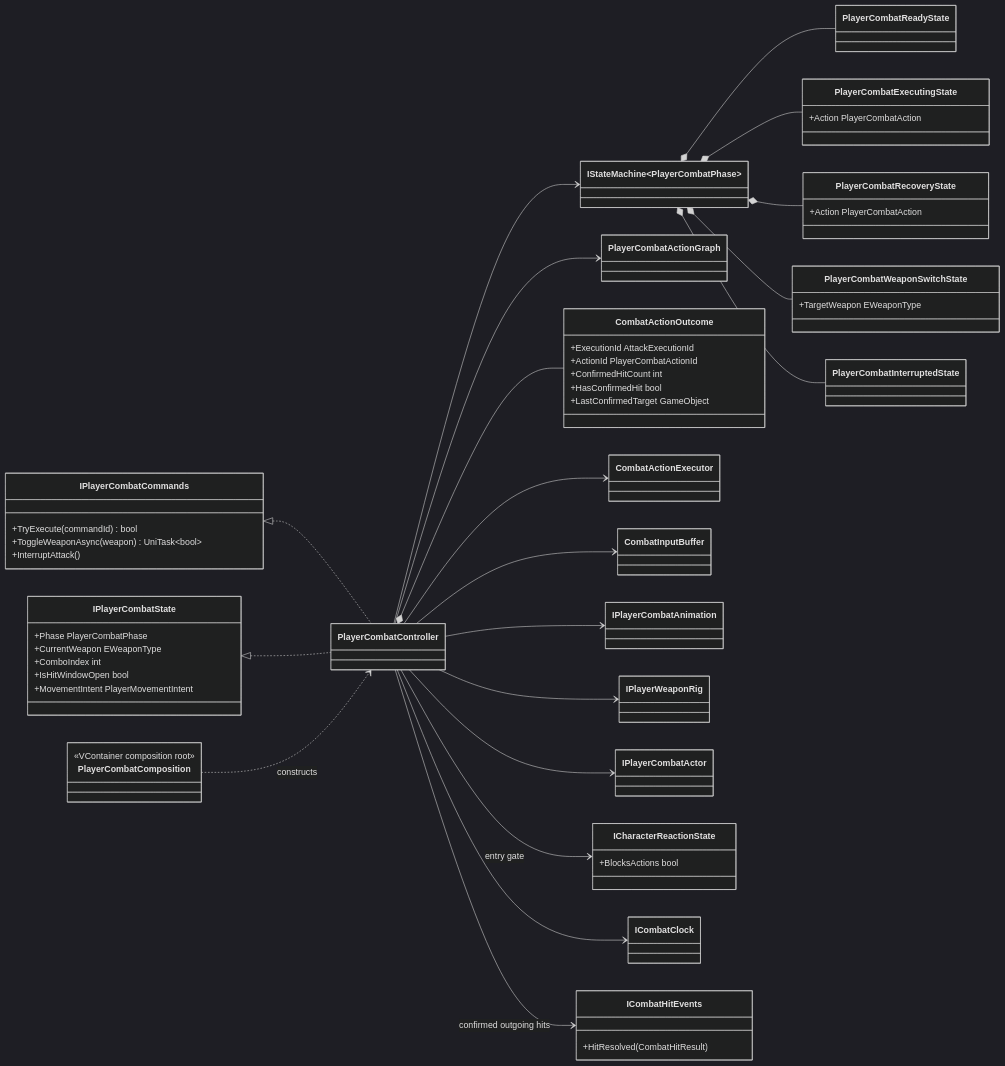
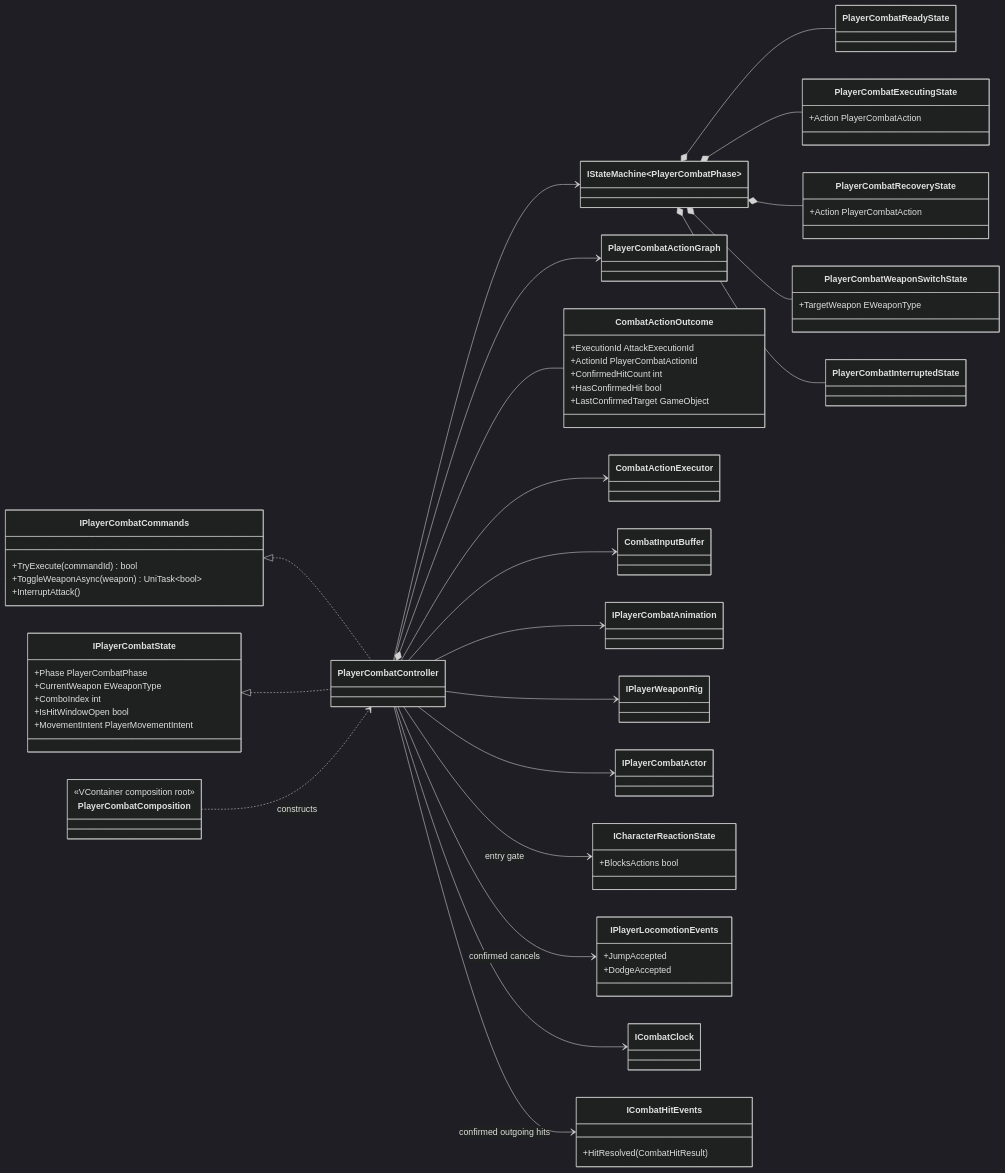
One commit to MaximFonariuc/project-s changed the first of 3 diagrams in Docs/Architecture/Player.Combat.md. Above: the diagram before and after it, drawn with Mermaid (dark theme). The commit also changed other lines of this file and 11 other files, not shown here.

Commit message:
feat(combat): confirm jump cancel through locomotion

````diff
--- a/Docs/Architecture/Player.Combat.md
+++ b/Docs/Architecture/Player.Combat.md
@@ -90,73 +90,78 @@
 ```mermaid
 classDiagram
     direction LR
 
     class IPlayerCombatCommands {
         +TryExecute(commandId) bool
         +ToggleWeaponAsync(weapon) UniTask~bool~
         +InterruptAttack()
     }
     class IPlayerCombatState {
         +Phase PlayerCombatPhase
         +CurrentWeapon EWeaponType
         +ComboIndex int
         +IsHitWindowOpen bool
         +MovementIntent PlayerMovementIntent
     }
     class PlayerCombatController
     class IStateMachine~PlayerCombatPhase~
     class PlayerCombatReadyState
     class PlayerCombatExecutingState {
         +Action PlayerCombatAction
     }
     class PlayerCombatRecoveryState {
         +Action PlayerCombatAction
     }
     class PlayerCombatWeaponSwitchState {
         +TargetWeapon EWeaponType
     }
     class PlayerCombatInterruptedState
     class PlayerCombatActionGraph
     class CombatActionOutcome {
         +ExecutionId AttackExecutionId
         +ActionId PlayerCombatActionId
         +ConfirmedHitCount int
         +HasConfirmedHit bool
         +LastConfirmedTarget GameObject
     }
     class CombatActionExecutor
     class CombatInputBuffer
     class IPlayerCombatAnimation
     class IPlayerWeaponRig
     class IPlayerCombatActor
     class ICharacterReactionState {
         +BlocksActions bool
     }
+    class IPlayerLocomotionEvents {
+        +JumpAccepted
+        +DodgeAccepted
+    }
     class ICombatClock
     class ICombatHitEvents {
         +HitResolved(CombatHitResult)
     }
     class PlayerCombatComposition {
         <<VContainer composition root>>
     }
 
     IPlayerCombatCommands <|.. PlayerCombatController
     IPlayerCombatState <|.. PlayerCombatController
     PlayerCombatController --> IStateMachine~PlayerCombatPhase~
     PlayerCombatController --> PlayerCombatActionGraph
     PlayerCombatController *-- CombatActionOutcome
     PlayerCombatController --> ICombatHitEvents : confirmed outgoing hits
     PlayerCombatController --> CombatActionExecutor
     PlayerCombatController --> CombatInputBuffer
     PlayerCombatController --> IPlayerCombatAnimation
     PlayerCombatController --> IPlayerWeaponRig
     PlayerCombatController --> IPlayerCombatActor
     PlayerCombatController --> ICharacterReactionState : entry gate
+    PlayerCombatController --> IPlayerLocomotionEvents : confirmed cancels
     PlayerCombatController --> ICombatClock
     IStateMachine~PlayerCombatPhase~ *-- PlayerCombatReadyState
     IStateMachine~PlayerCombatPhase~ *-- PlayerCombatExecutingState
     IStateMachine~PlayerCombatPhase~ *-- PlayerCombatRecoveryState
     IStateMachine~PlayerCombatPhase~ *-- PlayerCombatWeaponSwitchState
     IStateMachine~PlayerCombatPhase~ *-- PlayerCombatInterruptedState
     PlayerCombatComposition ..> PlayerCombatController : constructs
 ```
````
